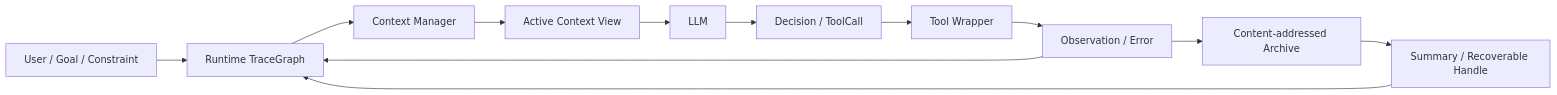
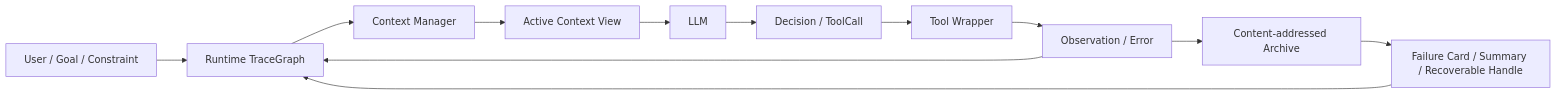
Before and after one commit to fzfzzfzzzfzzzz/Tracing-Analysis: the diagram in docs/ARCHITECTURE.md, drawn with Mermaid. The commit also changed other lines of this file and 54 other files, not shown here.

Commit message:
feat: finalize phase3 failure-card evaluation

````diff
--- a/docs/ARCHITECTURE.md
+++ b/docs/ARCHITECTURE.md
@@ -16,14 +16,14 @@
 ```mermaid
 flowchart LR
   U["User / Goal / Constraint"] --> G["Runtime TraceGraph"]
   G --> C["Context Manager"]
   C --> V["Active Context View"]
   V --> L["LLM"]
   L --> D["Decision / ToolCall"]
   D --> T["Tool Wrapper"]
   T --> O["Observation / Error"]
   O --> A["Content-addressed Archive"]
   O --> G
-  A --> H["Summary / Recoverable Handle"]
+  A --> H["Failure Card / Summary / Recoverable Handle"]
   H --> G
 ```
````
